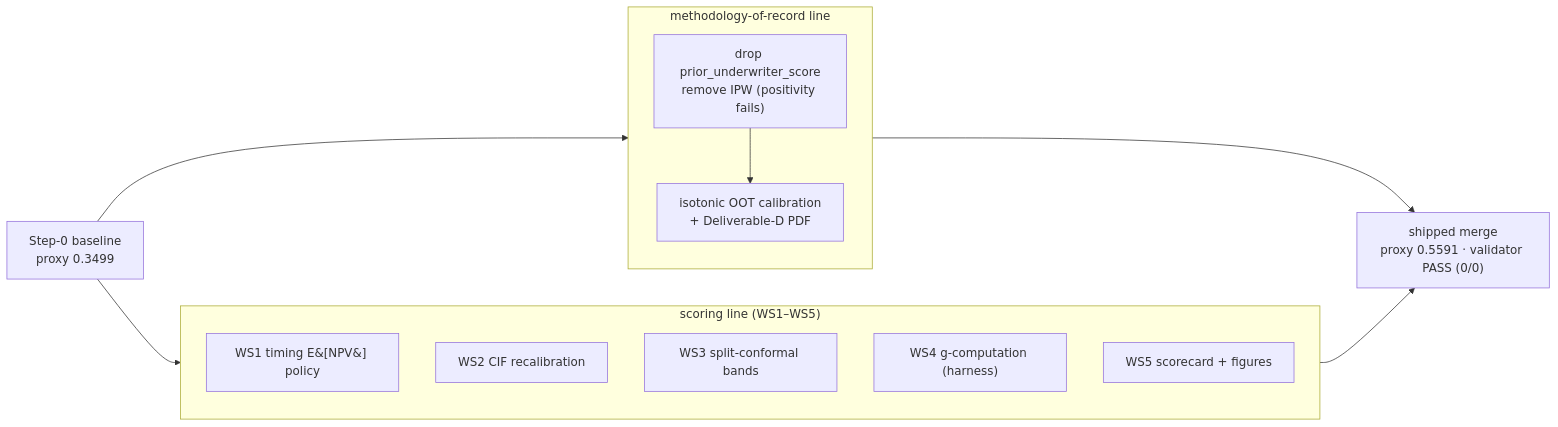
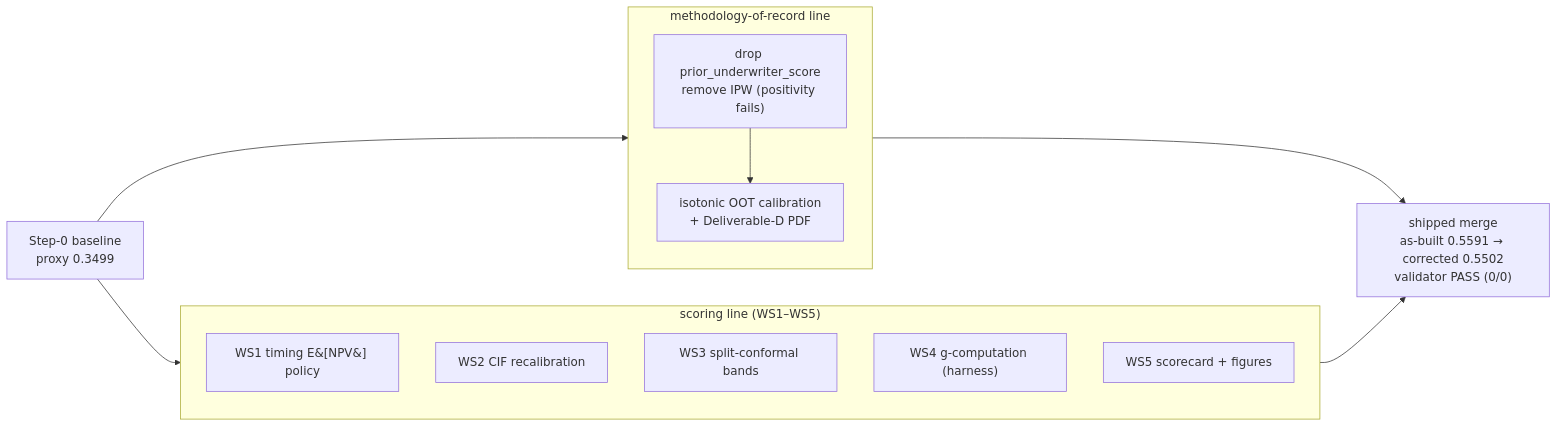
One commit to hossainpazooki/intuit-techweek-submission changed the third of 3 diagrams in README.md. Above: the diagram before and after it, drawn with Mermaid. The commit also changed other lines of this file, not shown here.

First line of the commit message:
docs: lead README with the agentic build architecture; refresh post-fix numbers

````diff
--- a/README.md
+++ b/README.md
@@ -162,21 +216,21 @@
 ```mermaid
 flowchart LR
   base["Step-0 baseline<br/>proxy 0.3499"]
   subgraph MoR["methodology-of-record line"]
     direction TB
     m1["drop prior_underwriter_score<br/>remove IPW (positivity fails)"]
     m2["isotonic OOT calibration<br/>+ Deliverable-D PDF"]
     m1 --> m2
   end
   subgraph WS["scoring line (WS1–WS5)"]
     direction TB
     w1["WS1 timing E&#91;NPV&#93; policy"]
     w2["WS2 CIF recalibration"]
     w3["WS3 split-conformal bands"]
     w4["WS4 g-computation (harness)"]
     w5["WS5 scorecard + figures"]
   end
-  merged["shipped merge<br/>proxy 0.5591 · validator PASS (0/0)"]
+  merged["shipped merge<br/>as-built 0.5591 → corrected 0.5502<br/>validator PASS (0/0)"]
   base --> MoR --> merged
   base --> WS --> merged
 ```
````
